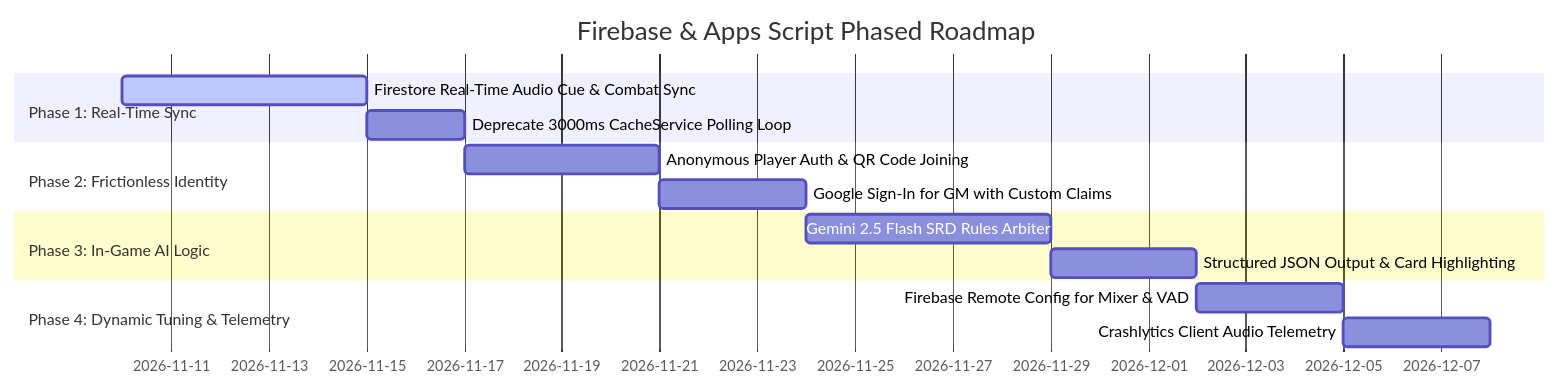
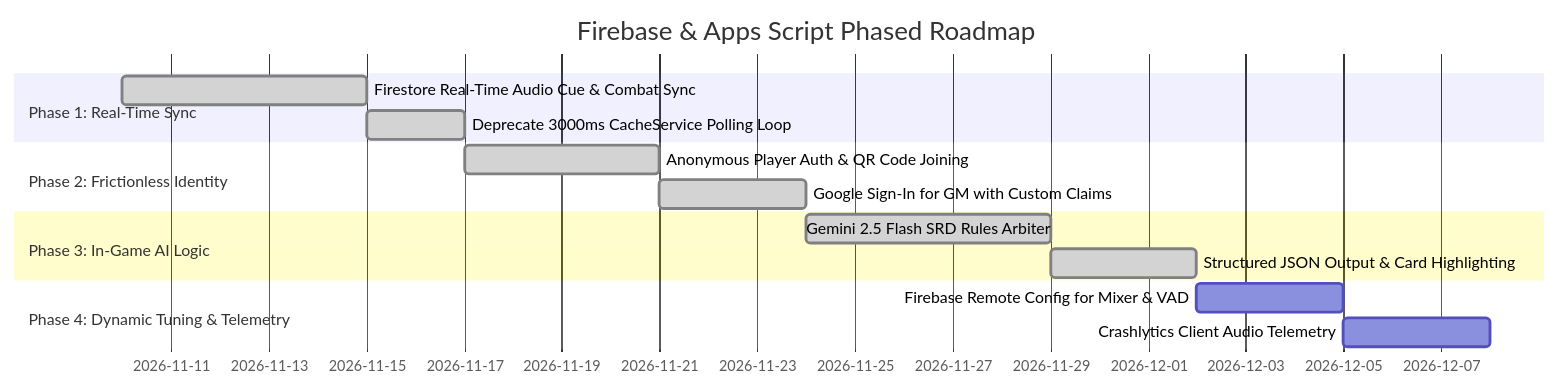
The fourth of 4 diagrams in docs/FIREBASE_APPS_SCRIPT_SYNERGY.md (wryenmeek/sof-gm-screen), drawn with Mermaid before and after one commit. The commit also changed other lines of this file and 5 other files, not shown here.

````diff
--- a/docs/FIREBASE_APPS_SCRIPT_SYNERGY.md
+++ b/docs/FIREBASE_APPS_SCRIPT_SYNERGY.md
@@ -322,17 +342,17 @@
 ```mermaid
 gantt
     title Firebase & Apps Script Phased Roadmap
     dateFormat  YYYY-MM-DD
     section Phase 1: Real-Time Sync
-    Firestore Real-Time Audio Cue & Combat Sync   :active, p1_1, 2026-11-10, 5d
-    Deprecate 3000ms CacheService Polling Loop   :p1_2, after p1_1, 2d
+    Firestore Real-Time Audio Cue & Combat Sync   :done, p1_1, 2026-11-10, 5d
+    Deprecate 3000ms CacheService Polling Loop   :done, p1_2, after p1_1, 2d
     section Phase 2: Frictionless Identity
-    Anonymous Player Auth & QR Code Joining      :p2_1, after p1_2, 4d
-    Google Sign-In for GM with Custom Claims     :p2_2, after p2_1, 3d
+    Anonymous Player Auth & QR Code Joining      :done, p2_1, after p1_2, 4d
+    Google Sign-In for GM with Custom Claims     :done, p2_2, after p2_1, 3d
     section Phase 3: In-Game AI Logic
-    Gemini 2.5 Flash SRD Rules Arbiter          :p3_1, after p2_2, 5d
-    Structured JSON Output & Card Highlighting   :p3_2, after p3_1, 3d
+    Gemini 2.5 Flash SRD Rules Arbiter          :done, p3_1, after p2_2, 5d
+    Structured JSON Output & Card Highlighting   :done, p3_2, after p3_1, 3d
     section Phase 4: Dynamic Tuning & Telemetry
     Firebase Remote Config for Mixer & VAD       :p4_1, after p3_2, 3d
     Crashlytics Client Audio Telemetry           :p4_2, after p4_1, 3d
 ```
````
